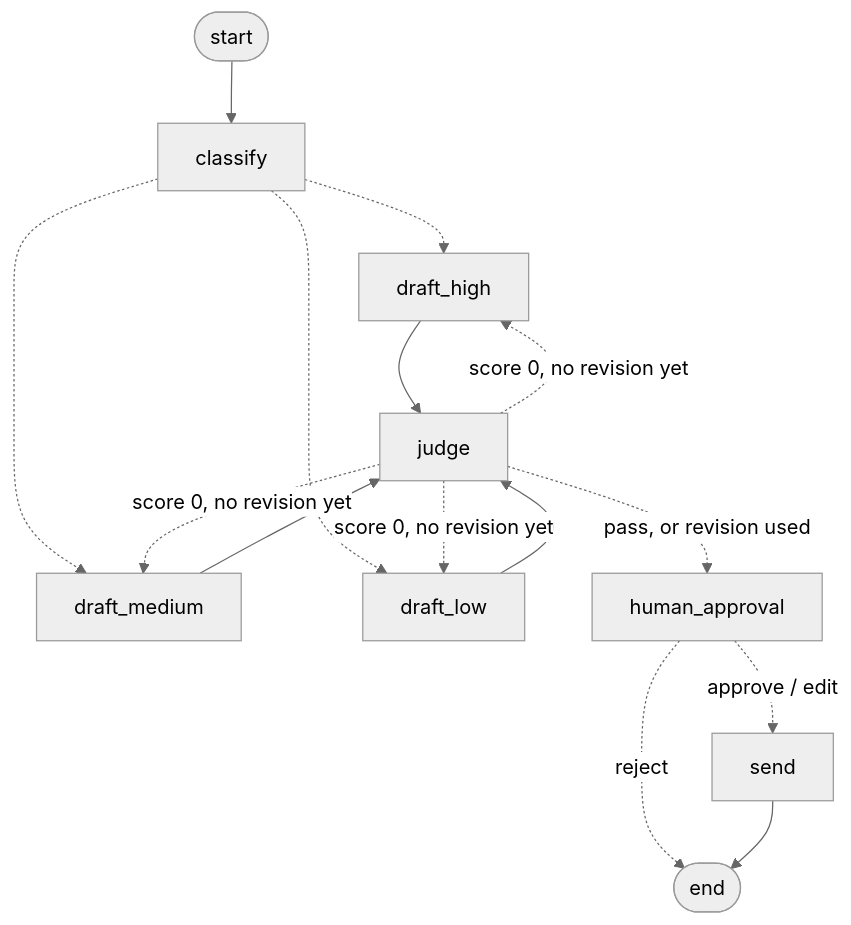
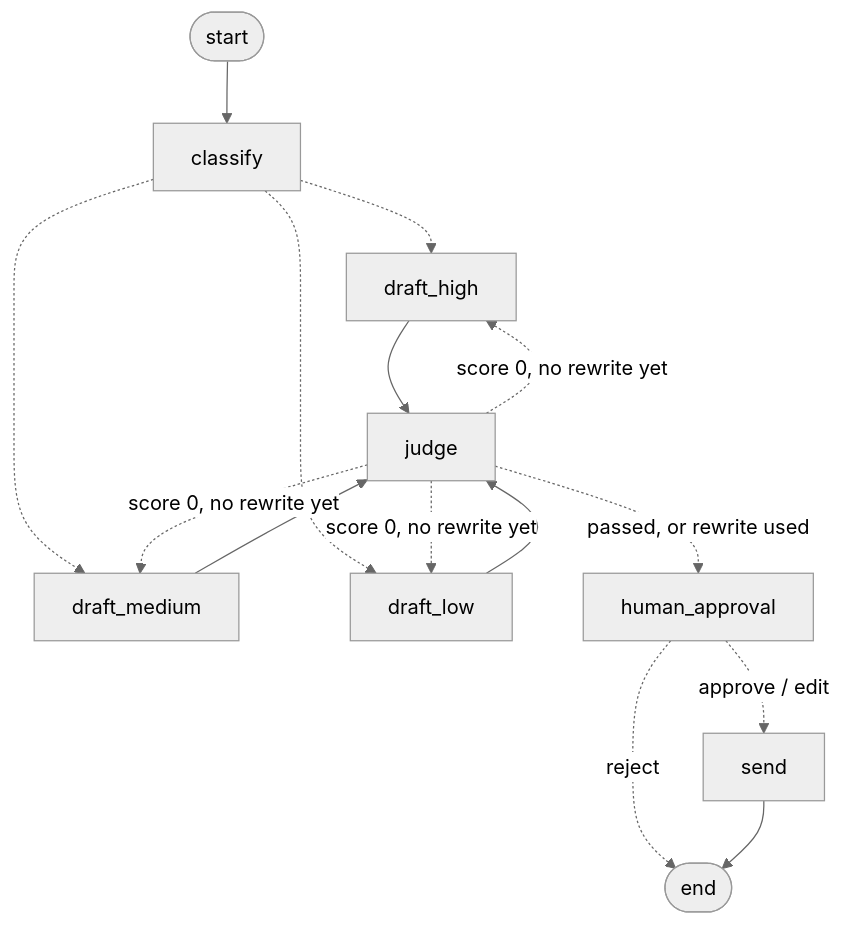
The diagram in README.md (vfuller1/langsmith-signup-email-agent), drawn with Mermaid (neutral theme) before and after one commit. The commit also changed other lines of this file, not shown here.

Commit message:
Rewrite README in plain language

````diff
--- a/README.md
+++ b/README.md
@@ -338,17 +341,17 @@
 ```mermaid
 graph TD;
 	__start__([start]) --> classify;
 	classify -.-> draft_high;
 	classify -.-> draft_medium;
 	classify -.-> draft_low;
 	draft_high --> judge;
 	draft_medium --> judge;
 	draft_low --> judge;
-	judge -. "score 0, no revision yet" .-> draft_high;
-	judge -. "score 0, no revision yet" .-> draft_medium;
-	judge -. "score 0, no revision yet" .-> draft_low;
-	judge -. "pass, or revision used" .-> human_approval;
+	judge -. "score 0, no rewrite yet" .-> draft_high;
+	judge -. "score 0, no rewrite yet" .-> draft_medium;
+	judge -. "score 0, no rewrite yet" .-> draft_low;
+	judge -. "passed, or rewrite used" .-> human_approval;
 	human_approval -. approve / edit .-> send;
 	human_approval -. reject .-> __end__([end]);
 	send --> __end__;
 ```
````
